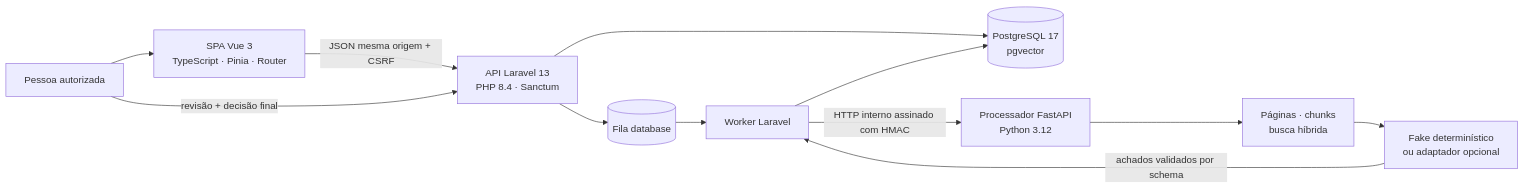
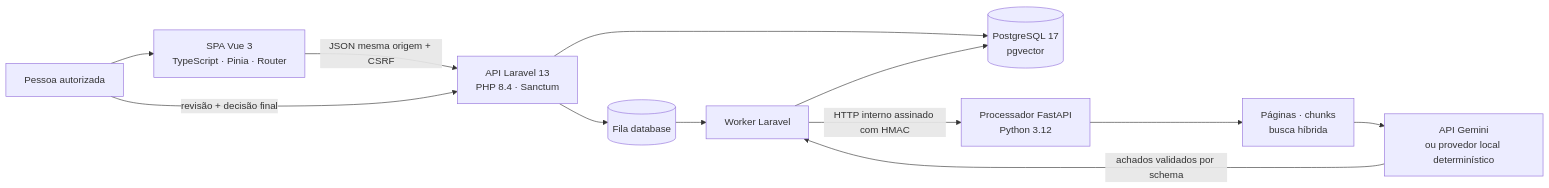
The first of 2 diagrams in README.pt-BR.md (Hugueninfer/complyflow-ai), drawn with Mermaid before and after one commit. The commit also changed other lines of this file and 10 other files, not shown here.

Commit message:
feat: integrate Gemini provider for Render

````diff
--- a/README.pt-BR.md
+++ b/README.pt-BR.md
@@ -133,14 +133,14 @@
 ```mermaid
 flowchart LR
     Pessoa[Pessoa autorizada] --> Vue[SPA Vue 3<br/>TypeScript · Pinia · Router]
     Vue -->|JSON mesma origem + CSRF| Laravel[API Laravel 13<br/>PHP 8.4 · Sanctum]
     Laravel --> PostgreSQL[(PostgreSQL 17<br/>pgvector)]
     Laravel --> Fila[(Fila database)]
     Fila --> Worker[Worker Laravel]
     Worker -->|HTTP interno assinado com HMAC| FastAPI[Processador FastAPI<br/>Python 3.12]
     FastAPI --> Pipeline[Páginas · chunks<br/>busca híbrida]
-    Pipeline --> Provider[Fake determinístico<br/>ou adaptador opcional]
+    Pipeline --> Provider[API Gemini<br/>ou provedor local determinístico]
     Provider -->|achados validados por schema| Worker
     Worker --> PostgreSQL
     Pessoa -->|revisão + decisão final| Laravel
 ```
````
